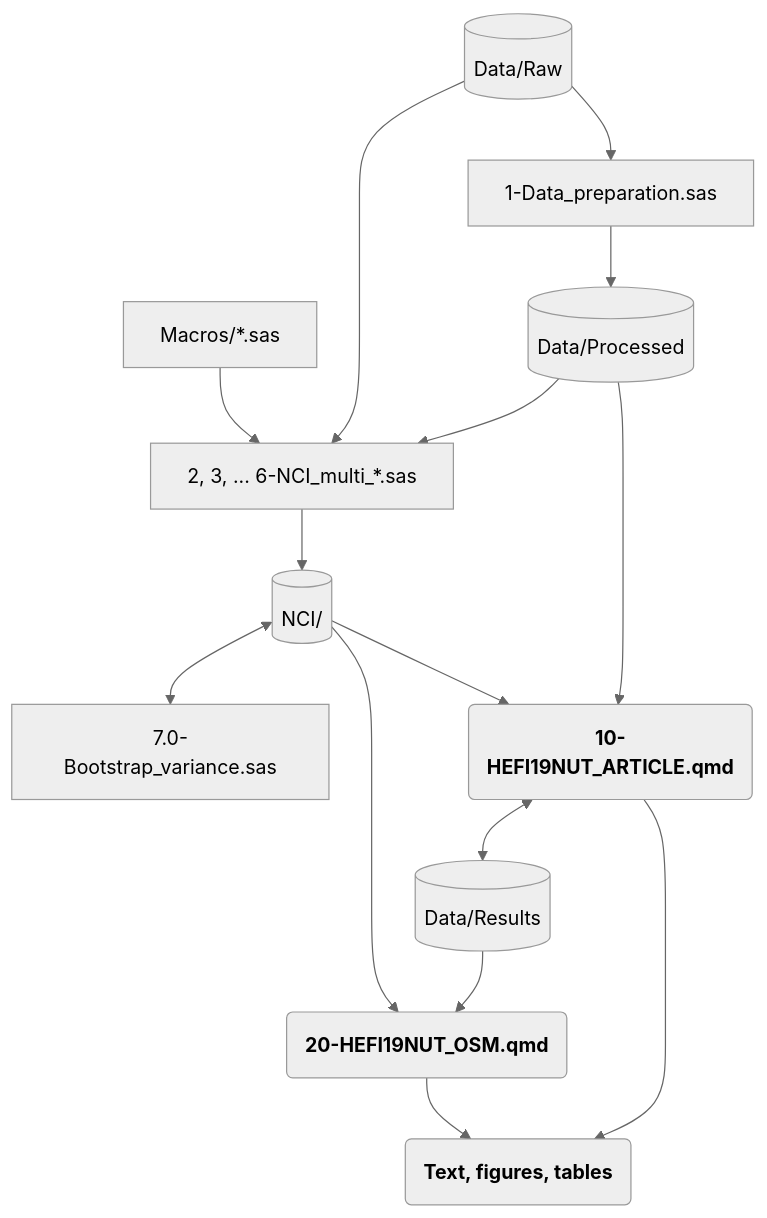
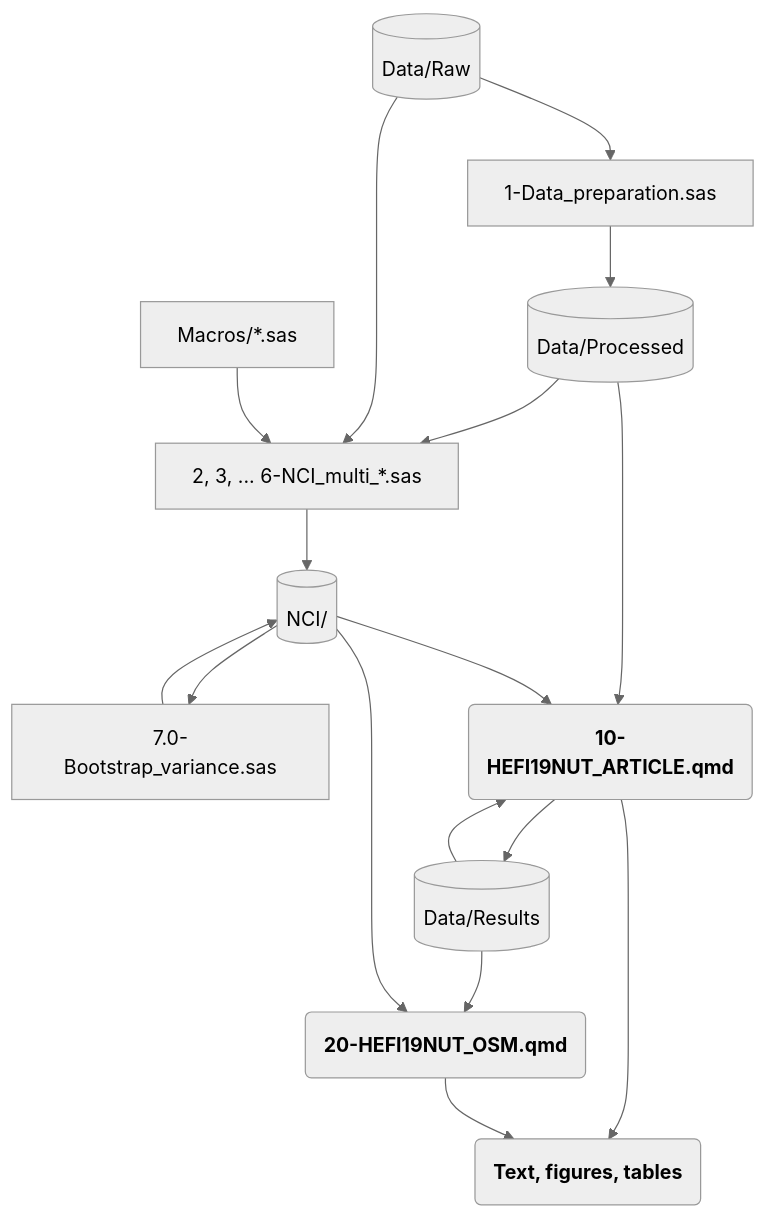
Before and after one commit to didierbrassard/hefi2019_nutrient: the first of 2 diagrams in README.md, drawn with Mermaid.

Commit message:
Update README.md
+more explicit interrelationship

````diff
--- a/README.md
+++ b/README.md
@@ -117,28 +117,30 @@
 ``` mermaid
 %%{init: {'theme': 'neutral' } }%%
 flowchart TB
   data1[(Data/Raw)]
   data2[(Data/Processed)]
   data3[(NCI/)]
   code1[1-Data_preparation.sas]
   code2[2, 3, ... 6-NCI_multi_*.sas]
   code3[7.0-Bootstrap_variance.sas]
   qmd1(<b>10-HEFI19NUT_ARTICLE.qmd)
   qmd2(<b>20-HEFI19NUT_OSM.qmd)
   out("<b>Text, figures, tables")
   data1 --> code1 --> data2
   data2 --> code2 --> data3
-  data3 <--> code3 
+  data3 --> code3 
+  code3 --> data3
   data1 --> code2
   macros1["Macros/*.sas"]
   macros1 --> code2
   data2 --> qmd1
   data3 --> qmd1
   data4[(Data/Results)]
   data4 --> qmd2
-  qmd1 <--> data4
+  qmd1 --> data4
+  data4 --> qmd1
   data3 --> qmd2
   qmd1 --> out
   qmd2 --> out
   
 ```
````
